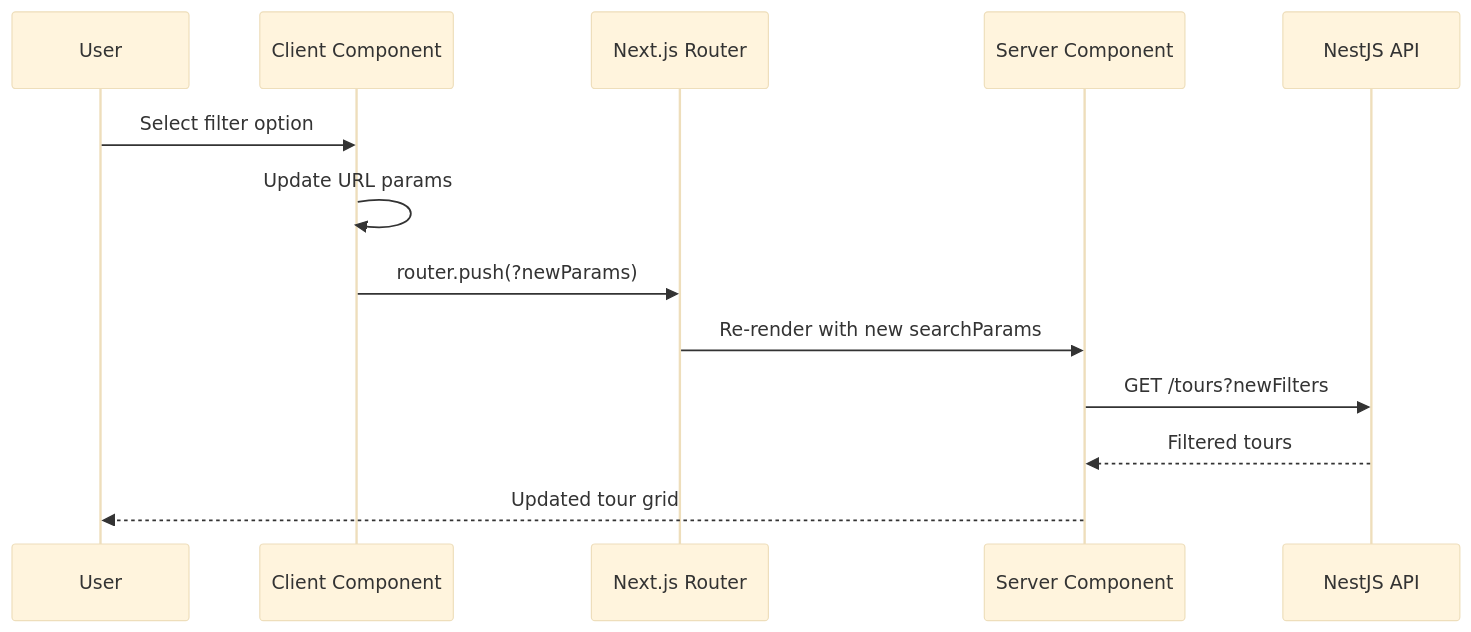
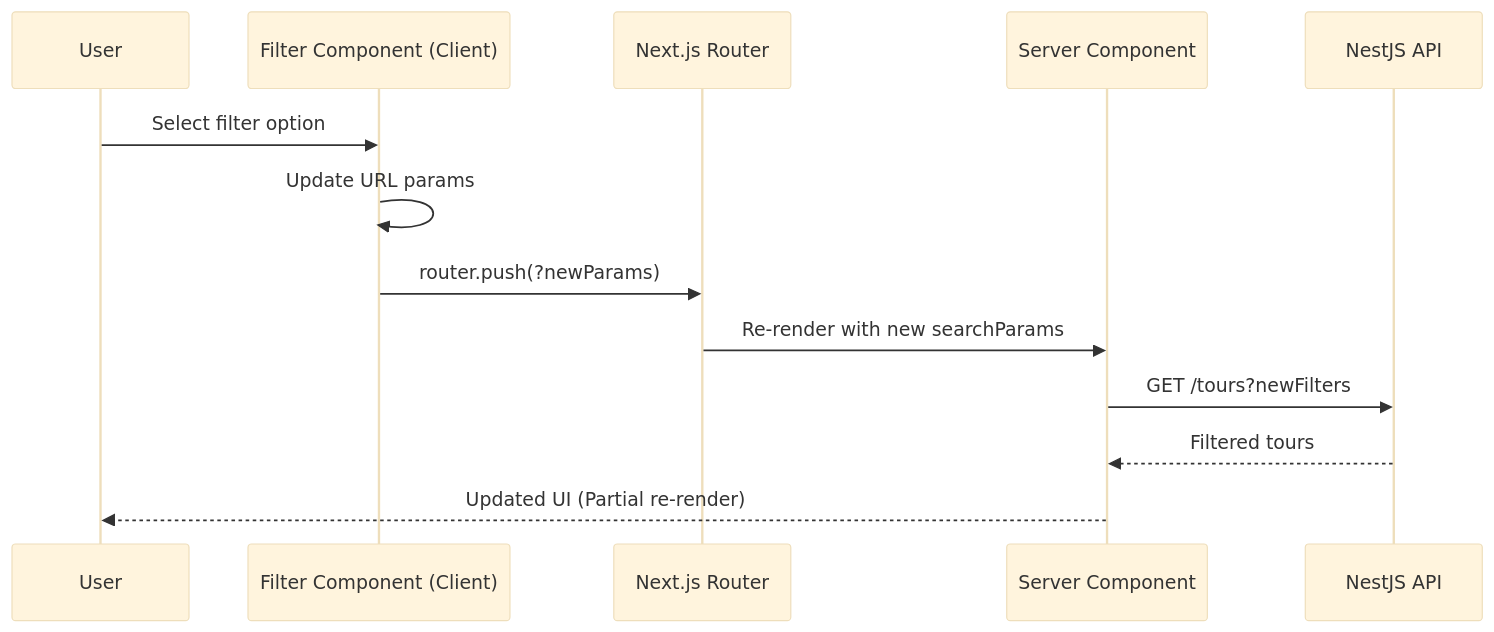
One commit to Trungkien2/booking_tour changed the third of 6 diagrams in docs/screens/tours-overview/tdd-tours-overview.md. Above: the diagram before and after it, drawn with Mermaid (base theme). The commit also changed other lines of this file and 59 other files, not shown here.

````diff
--- a/docs/screens/tours-overview/tdd-tours-overview.md
+++ b/docs/screens/tours-overview/tdd-tours-overview.md
@@ -1131,16 +1674,16 @@
 ```mermaid
 sequenceDiagram
     participant User
-    participant Client as Client Component
+    participant FilterBar as Filter Component (Client)
     participant Router as Next.js Router
     participant Server as Server Component
     participant API as NestJS API
 
-    User->>Client: Select filter option
-    Client->>Client: Update URL params
-    Client->>Router: router.push(?newParams)
+    User->>FilterBar: Select filter option
+    FilterBar->>FilterBar: Update URL params
+    FilterBar->>Router: router.push(?newParams)
     Router->>Server: Re-render with new searchParams
     Server->>API: GET /tours?newFilters
     API-->>Server: Filtered tours
-    Server-->>User: Updated tour grid
+    Server-->>User: Updated UI (Partial re-render)
 ```
````
